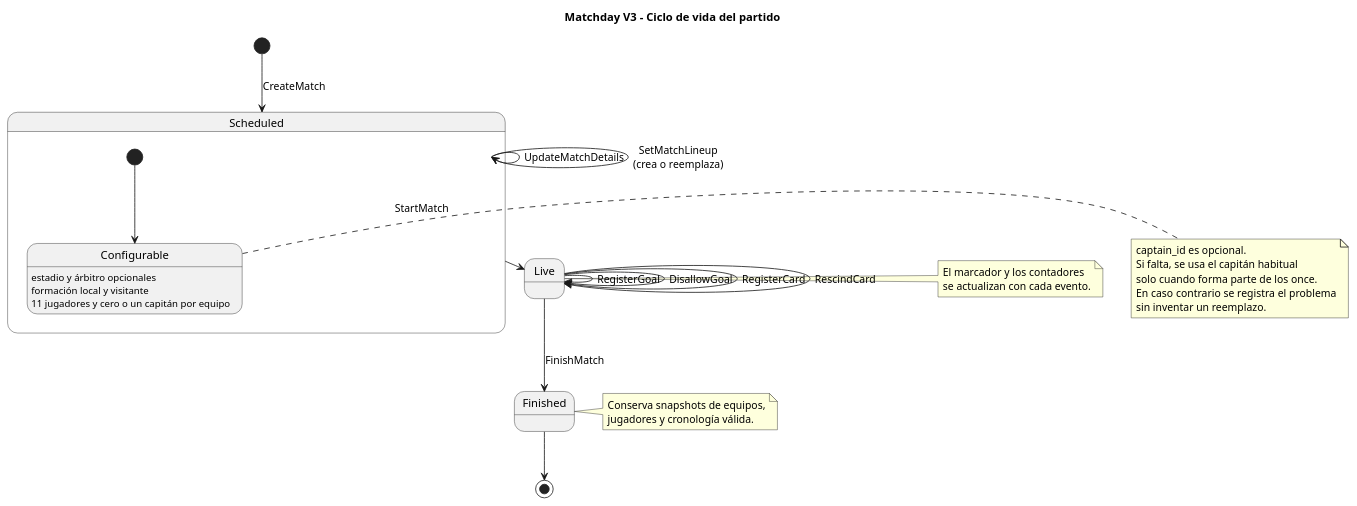
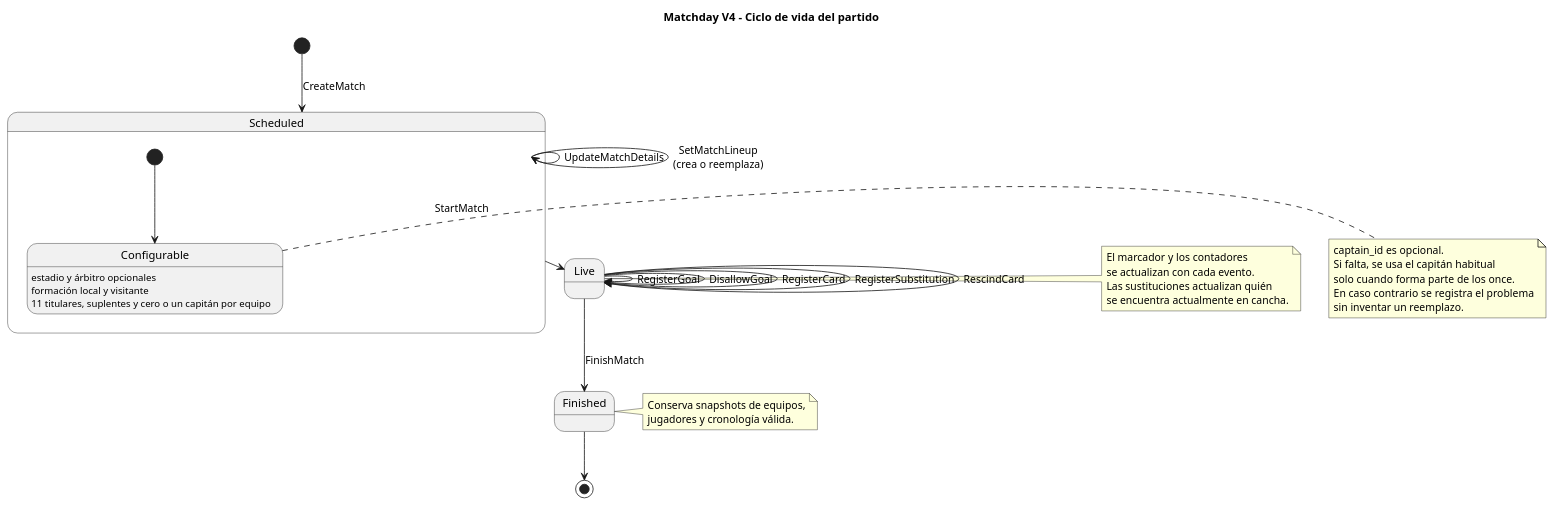
Before and after one commit to JaredDet/Match-Day: the diagram in docs/diagrams/match-lifecycle.puml, drawn with PlantUML. The commit also changed 23 other files, not shown here.

Commit message:
feat: añadir sustituciones y estado de jugadores en cancha

```diff
--- a/docs/diagrams/match-lifecycle.puml
+++ b/docs/diagrams/match-lifecycle.puml
@@ -1,39 +1,42 @@
 @startuml Match Lifecycle
-title Matchday V3 - Ciclo de vida del partido
+title Matchday V4 - Ciclo de vida del partido
 
 [*] --> Scheduled : CreateMatch
 Scheduled --> Scheduled : UpdateMatchDetails
 Scheduled --> Scheduled : SetMatchLineup\n(crea o reemplaza)
 Scheduled --> Live : StartMatch
 Live --> Live : RegisterGoal
 Live --> Live : DisallowGoal
 Live --> Live : RegisterCard
+Live --> Live : RegisterSubstitution
 Live --> Live : RescindCard
 Live --> Finished : FinishMatch
 Finished --> [*]
 
 state Scheduled {
   [*] --> Configurable
   Configurable : estadio y árbitro opcionales
   Configurable : formación local y visitante
-  Configurable : 11 jugadores y cero o un capitán por equipo
+  Configurable : 11 titulares, suplentes y cero o un capitán por equipo
 }
 
 note right of Configurable
   captain_id es opcional.
   Si falta, se usa el capitán habitual
   solo cuando forma parte de los once.
   En caso contrario se registra el problema
   sin inventar un reemplazo.
 end note
 
 note right of Live
   El marcador y los contadores
   se actualizan con cada evento.
+  Las sustituciones actualizan quién
+  se encuentra actualmente en cancha.
 end note
 
 note right of Finished
   Conserva snapshots de equipos,
   jugadores y cronología válida.
 end note
 @enduml
```
